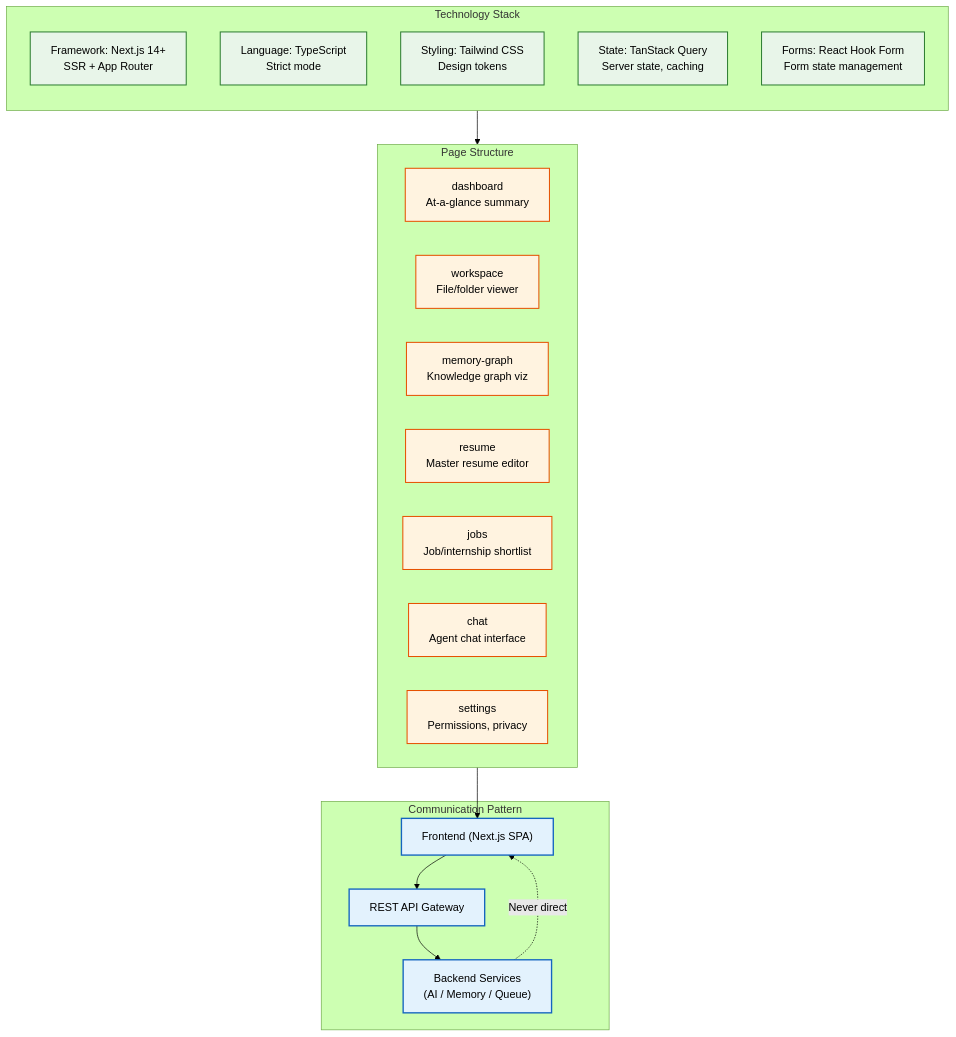
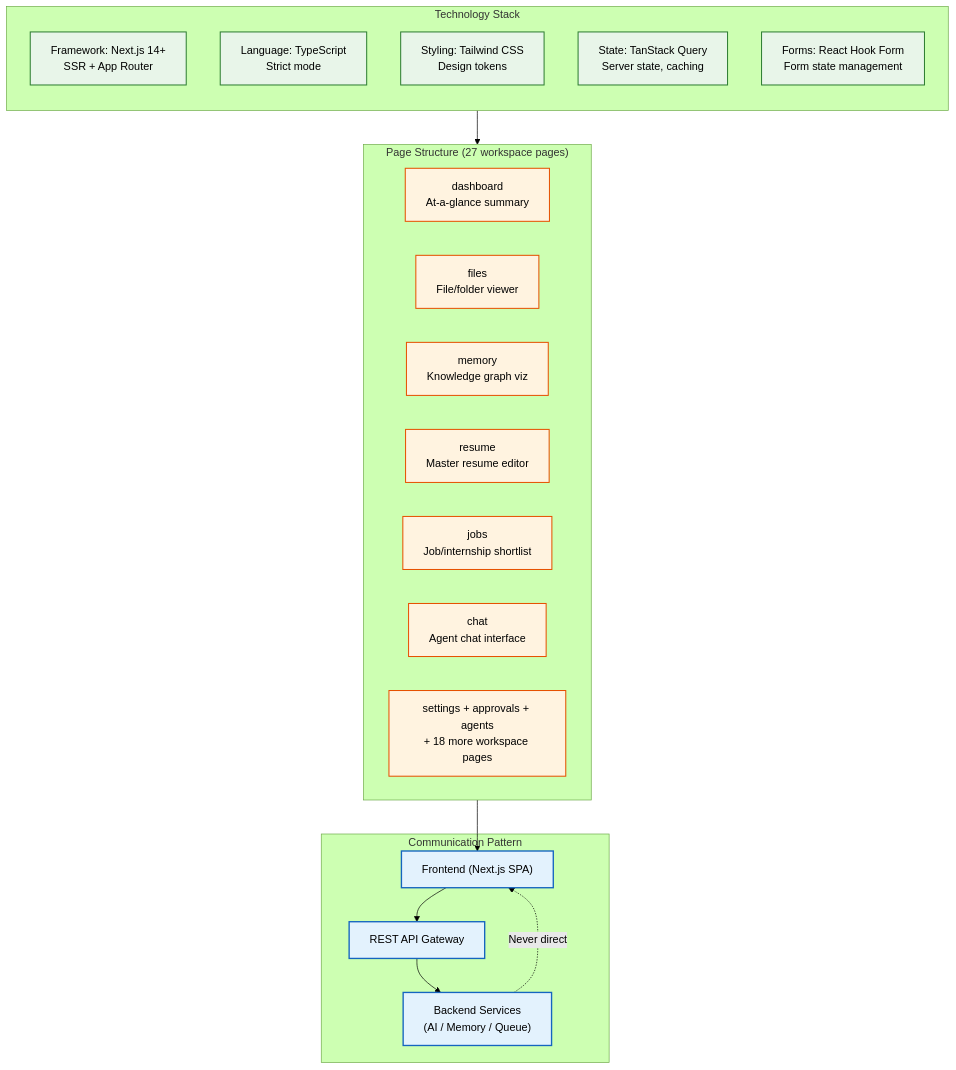
One commit to Driftloom/Vaeloom changed the first of 3 diagrams in docs/frontend/Frontend-Architecture.md. Above: the diagram before and after it, drawn with Mermaid (forest theme). The commit also changed other lines of this file and 12 other files, not shown here.

Commit message:
docs(architecture): reconcile system, agent, connector, and auth specs with code truth

````diff
--- a/docs/frontend/Frontend-Architecture.md
+++ b/docs/frontend/Frontend-Architecture.md
@@ -61,39 +81,39 @@
 ```mermaid
 graph TD
  classDef arch fill:#e3f2fd,stroke:#1565c0,color:#000,stroke-width:2px
  classDef tech fill:#e8f5e9,stroke:#2e7d32,color:#000,stroke-width:1.5px
  classDef page fill:#fff3e0,stroke:#e65100,color:#000,stroke-width:1.5px
 
  subgraph Stack["Technology Stack"]
  direction TB
  S1["Framework: Next.js 14+<br/>SSR + App Router"]
  S2["Language: TypeScript<br/>Strict mode"]
  S3["Styling: Tailwind CSS<br/>Design tokens"]
  S4["State: TanStack Query<br/>Server state, caching"]
  S5["Forms: React Hook Form<br/>Form state management"]
  end
 
- subgraph Pages["Page Structure"]
- P1["dashboard<br/>At-a-glance summary"]
- P2["workspace<br/>File/folder viewer"]
- P3["memory-graph<br/>Knowledge graph viz"]
- P4["resume<br/>Master resume editor"]
- P5["jobs<br/>Job/internship shortlist"]
- P6["chat<br/>Agent chat interface"]
- P7["settings<br/>Permissions, privacy"]
- end
+  subgraph Pages["Page Structure (27 workspace pages)"]
+  P1["dashboard<br/>At-a-glance summary"]
+  P2["files<br/>File/folder viewer"]
+  P3["memory<br/>Knowledge graph viz"]
+  P4["resume<br/>Master resume editor"]
+  P5["jobs<br/>Job/internship shortlist"]
+  P6["chat<br/>Agent chat interface"]
+  P7["settings + approvals + agents<br/>+ 18 more workspace pages"]
+  end
 
  subgraph Communication["Communication Pattern"]
  C1["Frontend (Next.js SPA)"]
  C2["REST API Gateway"]
  C3["Backend Services<br/>(AI / Memory / Queue)"]
  end
 
  Stack--> Pages
  Pages--> C1--> C2--> C3
  C3 -.->|Never direct| C1
 
  class S1,S2,S3,S4,S5 tech
  class P1,P2,P3,P4,P5,P6,P7 page
  class C1,C2,C3 arch
 ```
````
